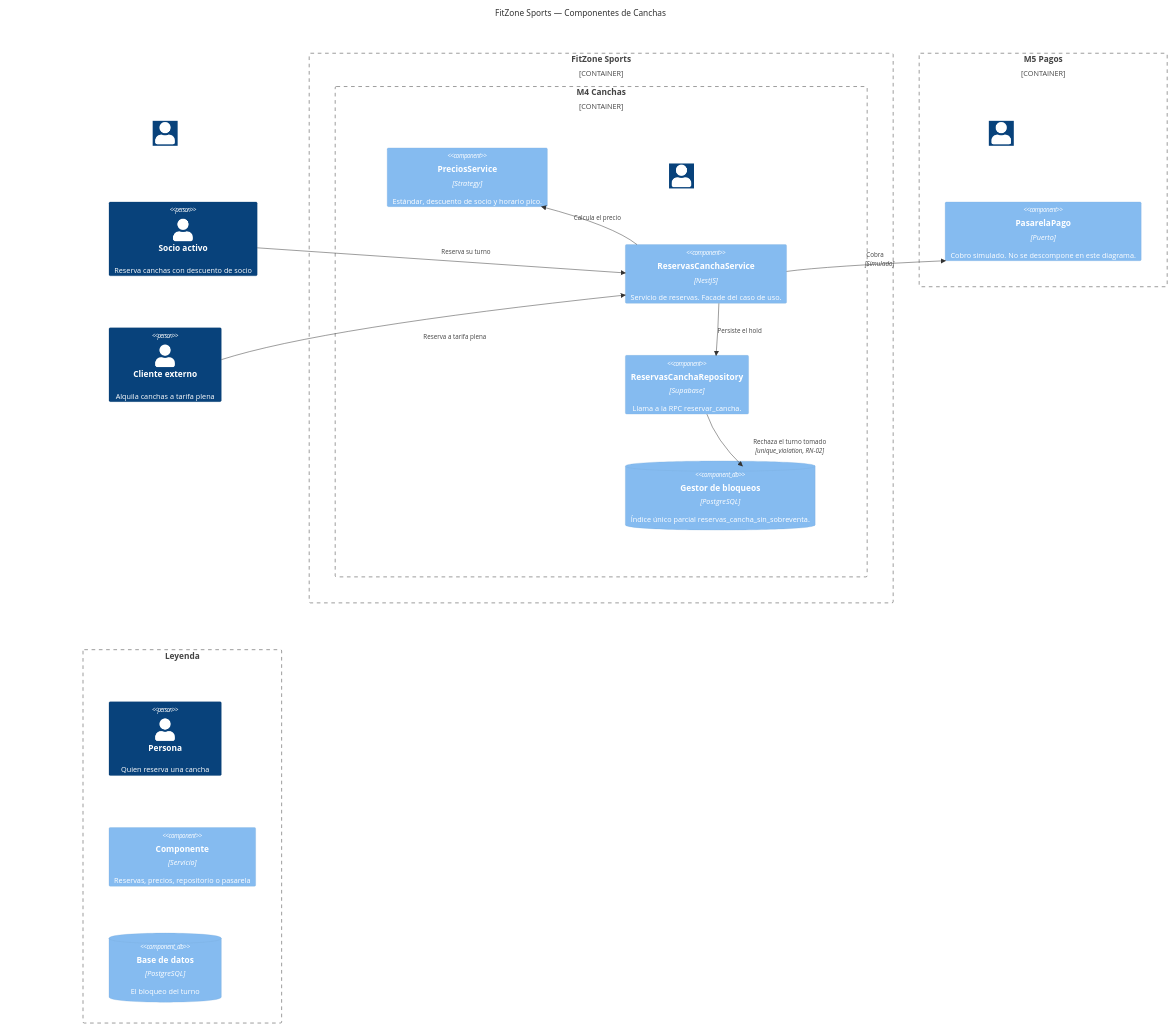
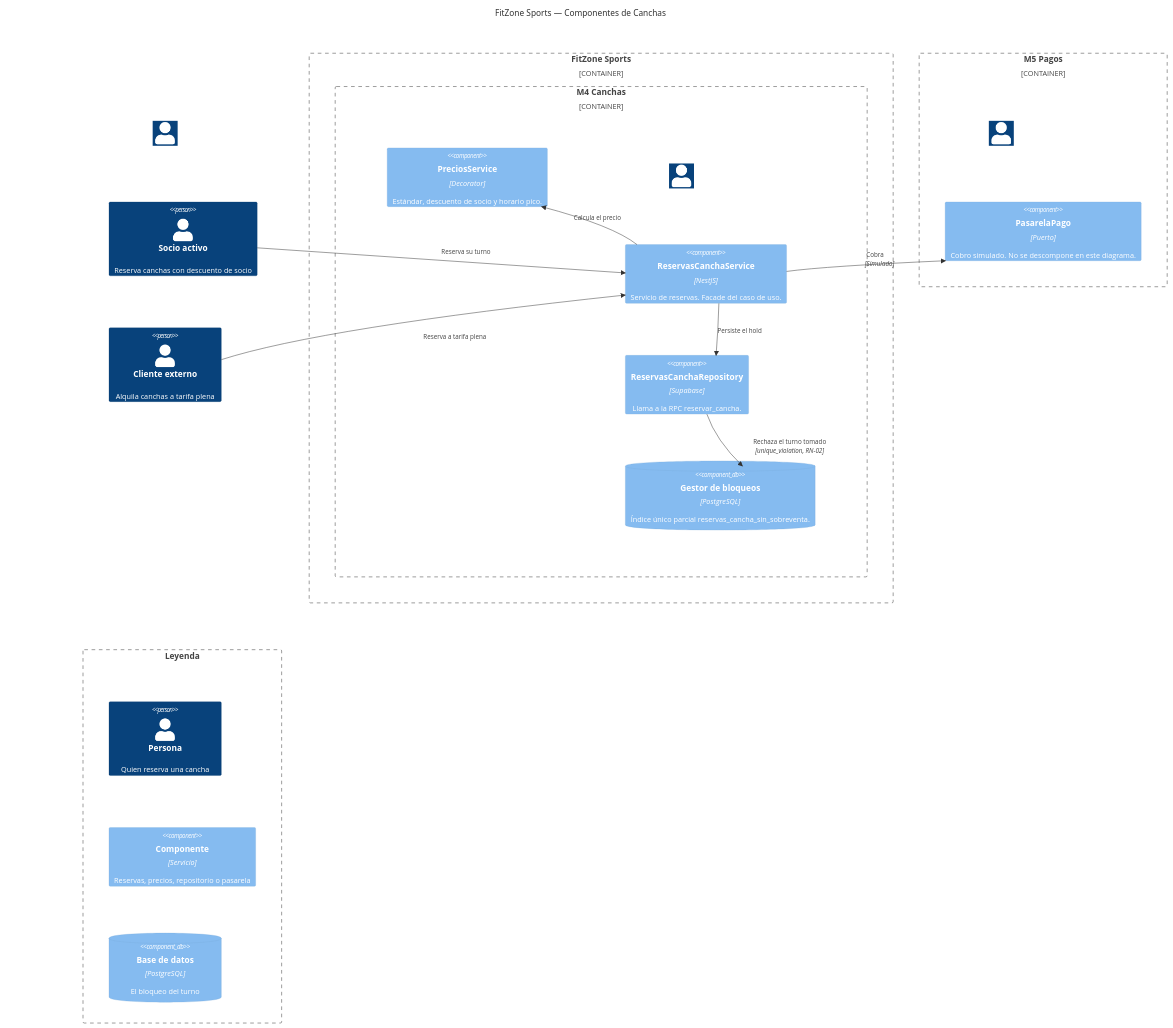
One commit to PatricioRamos04032000/FitZoneSports changed the diagram in docs/diagramas/fuentes/c4-3-canchas.mmd. Above: the diagram before and after it, drawn with Mermaid. The commit also changed 3 other files, not shown here.

First line of the commit message:
C-28.4: actualiza secuencia y C4-3 de precios a Decorator.

```diff
--- a/docs/diagramas/fuentes/c4-3-canchas.mmd
+++ b/docs/diagramas/fuentes/c4-3-canchas.mmd
@@ -1,65 +1,65 @@
 C4Component
     title FitZone Sports — Componentes de Canchas
 
     UpdateLayoutConfig($c4ShapeInRow="1", $c4BoundaryInRow="3")
 
     Boundary(actores, " ", "") {
         Person(hueco, " ", " ")
         Person(socio, "Socio activo", "Reserva canchas con descuento de socio")
         Person(externo, "Cliente externo", "Alquila canchas a tarifa plena")
     }
 
     Container_Boundary(fitzone, "FitZone Sports") {
         Container_Boundary(m4, "M4 Canchas") {
             Boundary(colIzq, " ", "") {
-                Component(precios, "PreciosService", "Strategy", "Estándar, descuento de socio y horario pico.")
+                Component(precios, "PreciosService", "Decorator", "Estándar, descuento de socio y horario pico.")
             }
             Boundary(colDer, " ", "") {
                 Person(huecoDer, " ", " ")
                 Component(reservas, "ReservasCanchaService", "NestJS", "Servicio de reservas. Facade del caso de uso.")
                 Component(repo, "ReservasCanchaRepository", "Supabase", "Llama a la RPC reservar_cancha.")
                 ComponentDb(bloqueo, "Gestor de bloqueos", "PostgreSQL", "Índice único parcial reservas_cancha_sin_sobreventa.")
             }
         }
     }
 
     Container_Boundary(m5, "M5 Pagos") {
         Person(huecoExt, " ", " ")
         Component(pasarela, "PasarelaPago", "Puerto", "Cobro simulado. No se descompone en este diagrama.")
     }
 
     Boundary(leyenda, "Leyenda", "") {
         Person(legPersona, "Persona", "Quien reserva una cancha")
         Component(legComp, "Componente", "Servicio", "Reservas, precios, repositorio o pasarela")
         ComponentDb(legDb, "Base de datos", "PostgreSQL", "El bloqueo del turno")
     }
 
     UpdateElementStyle(actores, $bgColor="none", $fontColor="none", $borderColor="none")
     UpdateElementStyle(colIzq, $bgColor="none", $fontColor="none", $borderColor="none")
     UpdateElementStyle(colDer, $bgColor="none", $fontColor="none", $borderColor="none")
     UpdateElementStyle(hueco, $bgColor="#ffffff", $fontColor="#ffffff", $borderColor="#ffffff")
     UpdateElementStyle(huecoDer, $bgColor="#ffffff", $fontColor="#ffffff", $borderColor="#ffffff")
     UpdateElementStyle(huecoExt, $bgColor="#ffffff", $fontColor="#ffffff", $borderColor="#ffffff")
 
     Rel_R(socio, reservas, "Reserva su turno")
     Rel_R(externo, reservas, "Reserva a tarifa plena")
     Rel_L(reservas, precios, "Calcula el precio")
     Rel_D(reservas, repo, "Persiste el hold")
     Rel_D(repo, bloqueo, "Rechaza el turno tomado", "unique_violation, RN-02")
     Rel_R(reservas, pasarela, "Cobra", "Simulado")
 
     UpdateRelStyle(socio, reservas, $offsetY="-20")
     UpdateRelStyle(externo, reservas, $offsetY="16")
     UpdateRelStyle(reservas, precios, $offsetX="-30", $offsetY="-18")
     UpdateRelStyle(repo, bloqueo, $offsetX="55")
     UpdateRelStyle(reservas, pasarela, $offsetY="-24")
 
 %% C4-3 Componentes — Canchas — FitZone Sports
 %% Autor: Patricio Ramos
-%% Fecha: 2026-11-10
-%% Versión: 1.0
+%% Fecha: 2026-11-13
+%% Versión: 2.0 (C-28 Decorator)
 %% El gestor de bloqueos no es una clase: es la RPC reservar_cancha y el índice único parcial
 %% sobre (cancha_id, inicio) donde el estado es pendiente o confirmada.
 %% PreciosService queda arriba a la izquierda. ReservasCanchaService queda a su derecha, junto a la pasarela.
 %% hueco, huecoDer y huecoExt alinean al socio con el servicio de reservas. No se dibujan.
 %% Las personas quedan fuera del límite. La pasarela queda a la derecha de FitZone. La leyenda es el bloque de abajo.
```
